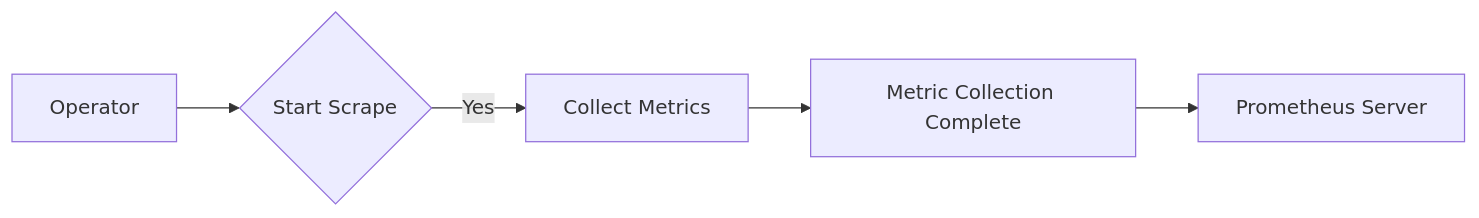
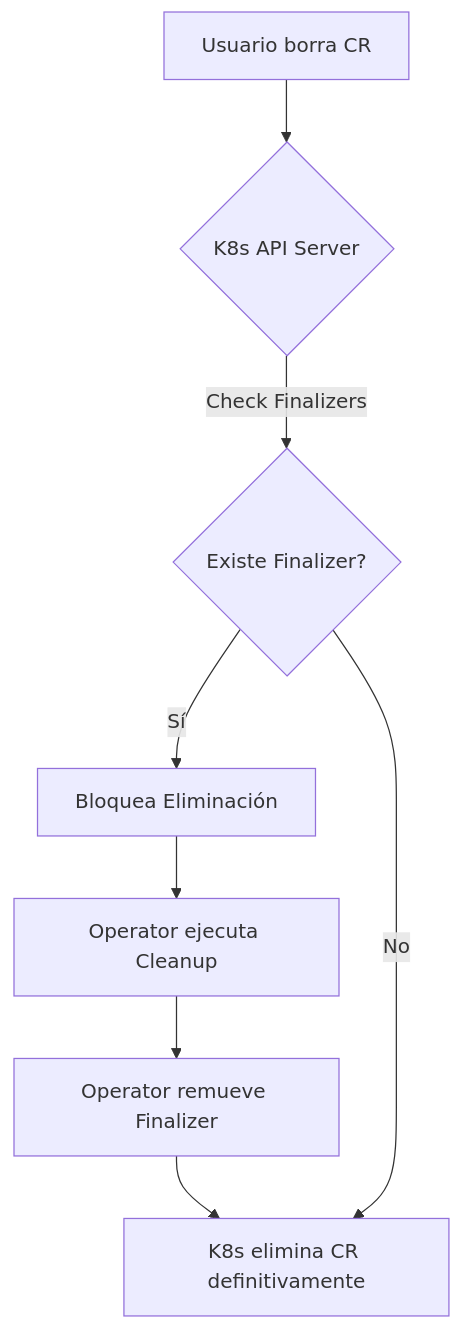
The third of 6 diagrams in _Review/kubernetes_operators_y_control_loops/kubernetes_operators_y_control_loops.md (Joaquinriosheredia/DAM-Java-Mastery), drawn with Mermaid before and after one commit. The commit also changed other lines of this file, not shown here.

````diff
--- a/_Review/kubernetes_operators_y_control_loops/kubernetes_operators_y_control_loops.md
+++ b/_Review/kubernetes_operators_y_control_loops/kubernetes_operators_y_control_loops.md
@@ -346,7 +308,10 @@
 ```mermaid
-graph LR
-    A[Operator] --> B{Start Scrape}
-    B -- Yes --> C[Collect Metrics]
-    C --> D[Metric Collection Complete]
-    D --> E[Prometheus Server]
+graph TD
+    A[Usuario borra CR] --> B{K8s API Server}
+    B -->|Check Finalizers| C{Existe Finalizer?}
+    C -->|Sí| D[Bloquea Eliminación]
+    D --> E[Operator ejecuta Cleanup]
+    E --> F[Operator remueve Finalizer]
+    F --> G[K8s elimina CR definitivamente]
+    C -->|No| G
 ```
````
